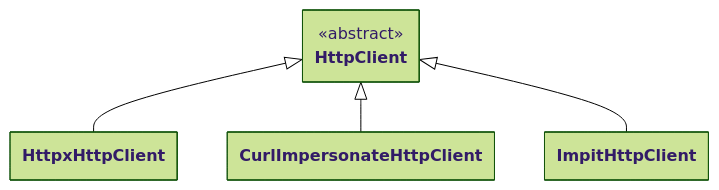
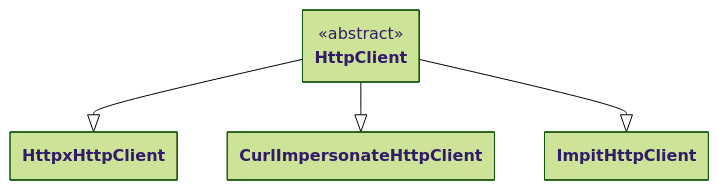
Before and after one commit to apify/crawlee-python: the diagram in docs/guides/http_clients.mdx, drawn with Mermaid (forest theme). The commit also changed 9 other files, not shown here.

````diff
--- a/docs/guides/http_clients.mdx
+++ b/docs/guides/http_clients.mdx
@@ -18,35 +18,35 @@
 ```mermaid
 ---
 config:
     class:
         hideEmptyMembersBox: true
 ---
 
 classDiagram
 
 %% ========================
 %% Abstract classes
 %% ========================
 
 class HttpClient {
     <<abstract>>
 }
 
 %% ========================
 %% Specific classes
 %% ========================
 
 class HttpxHttpClient
 
 class CurlImpersonateHttpClient
 
 class ImpitHttpClient
 
 %% ========================
 %% Inheritance arrows
 %% ========================
 
-HttpClient <|-- HttpxHttpClient
-HttpClient <|-- CurlImpersonateHttpClient
-HttpClient <|-- ImpitHttpClient
+HttpClient --|> HttpxHttpClient
+HttpClient --|> CurlImpersonateHttpClient
+HttpClient --|> ImpitHttpClient
 ```
````
